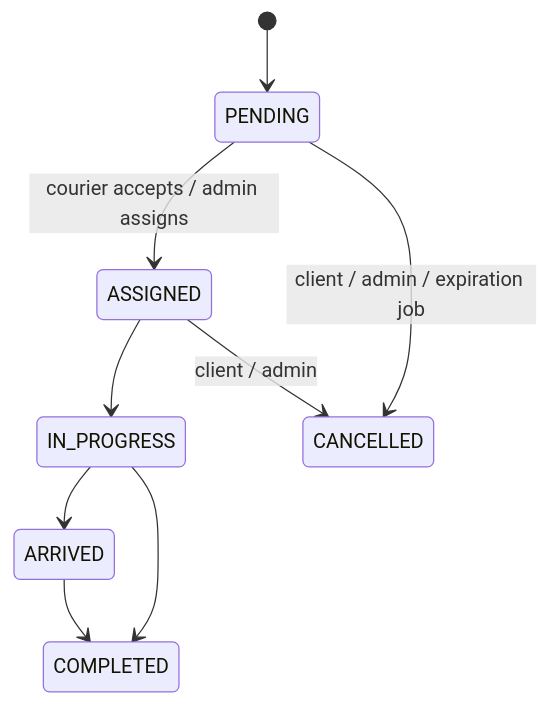
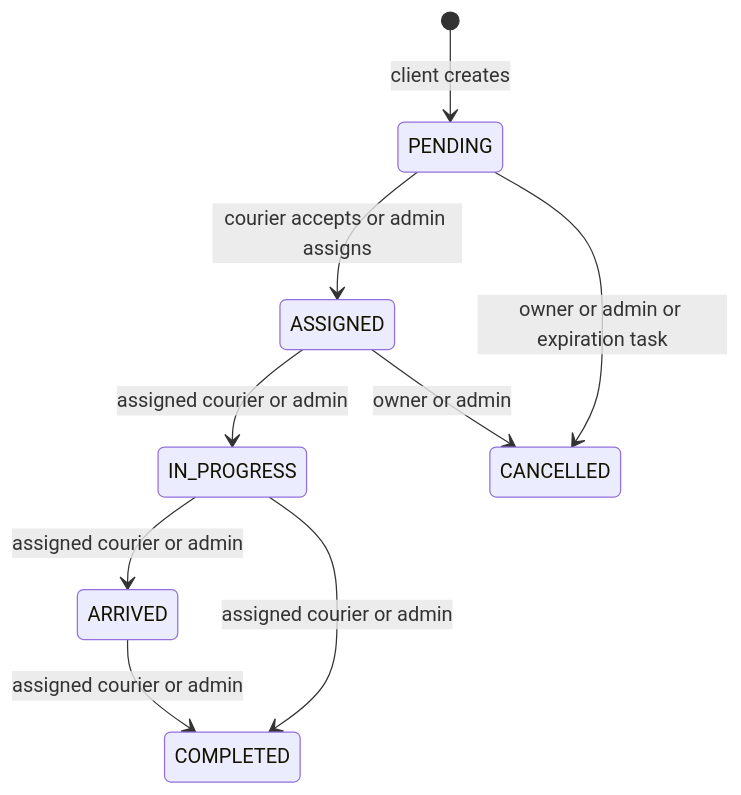
One commit to br1maks/EcoHaul changed the third of 4 diagrams in docs/architecture.md. Above: the diagram before and after it, drawn with Mermaid. The commit also changed other lines of this file and 2 other files, not shown here.

Commit message:
docs: explain security boundaries and architectural tradeoffs

````diff
--- a/docs/architecture.md
+++ b/docs/architecture.md
@@ -65,11 +105,11 @@
 ```mermaid
 stateDiagram-v2
-    [*] --> PENDING
-    PENDING --> ASSIGNED: courier accepts / admin assigns
-    ASSIGNED --> IN_PROGRESS
-    IN_PROGRESS --> ARRIVED
-    IN_PROGRESS --> COMPLETED
-    ARRIVED --> COMPLETED
-    PENDING --> CANCELLED: client / admin / expiration job
-    ASSIGNED --> CANCELLED: client / admin
+    [*] --> PENDING: client creates
+    PENDING --> ASSIGNED: courier accepts or admin assigns
+    ASSIGNED --> IN_PROGRESS: assigned courier or admin
+    IN_PROGRESS --> ARRIVED: assigned courier or admin
+    IN_PROGRESS --> COMPLETED: assigned courier or admin
+    ARRIVED --> COMPLETED: assigned courier or admin
+    PENDING --> CANCELLED: owner or admin or expiration task
+    ASSIGNED --> CANCELLED: owner or admin
 ```
````
